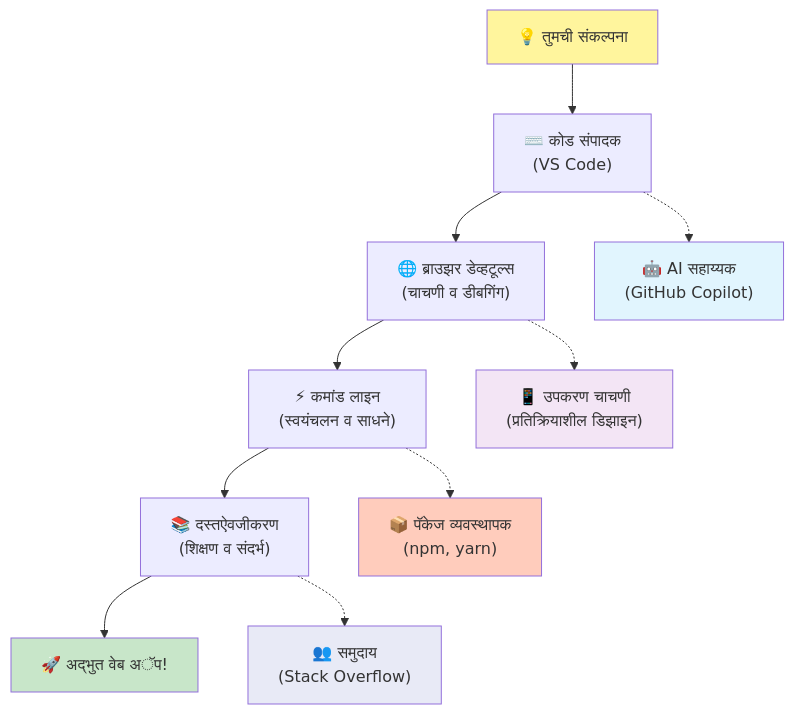
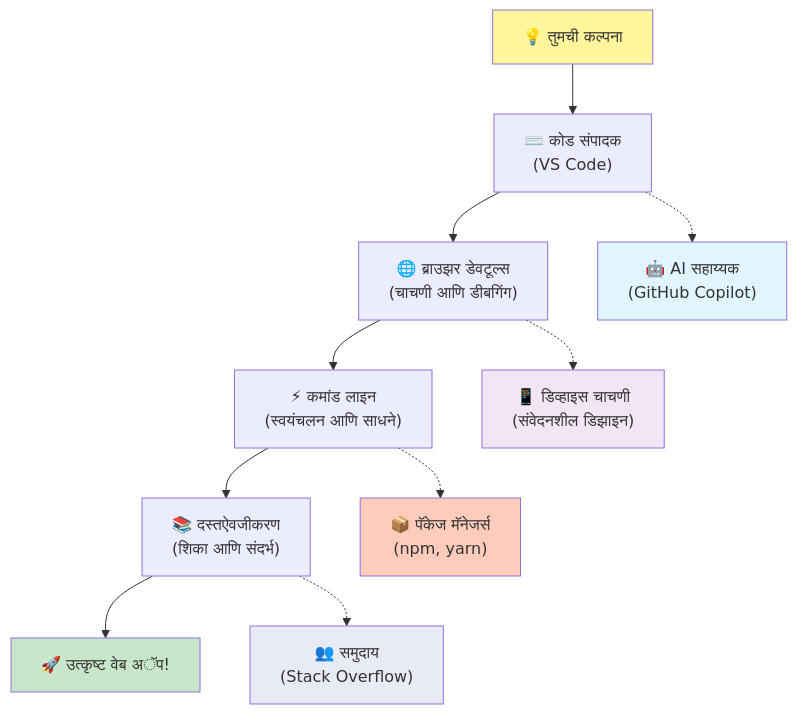
One commit to microsoft/Web-Dev-For-Beginners changed the fifth of 7 diagrams in translations/mr/1-getting-started-lessons/1-intro-to-programming-languages/README.md. Above: the diagram before and after it, drawn with Mermaid. The commit also changed other lines of this file and 11 other files, not shown here.

````diff
--- a/translations/mr/1-getting-started-lessons/1-intro-to-programming-languages/README.md
+++ b/translations/mr/1-getting-started-lessons/1-intro-to-programming-languages/README.md
@@ -486,20 +487,20 @@
 ```mermaid
 graph TD
-    A["💡 तुमची संकल्पना"] --> B["⌨️ कोड संपादक<br/>(VS Code)"] 
-    B --> C["🌐 ब्राउझर डेव्हटूल्स<br/>(चाचणी व डीबगिंग)"]
-    C --> D["⚡ कमांड लाइन<br/>(स्वयंचलन व साधने)"]
-    D --> E["📚 दस्तऐवजीकरण<br/>(शिक्षण व संदर्भ)"]
-    E --> F["🚀 अद्भुत वेब अॅप!"]
+    A["💡 तुमची कल्पना"] --> B["⌨️ कोड संपादक<br/>(VS Code)"] 
+    B --> C["🌐 ब्राउझर डेवटूल्स<br/>(चाचणी आणि डीबगिंग)"]
+    C --> D["⚡ कमांड लाइन<br/>(स्वयंचलन आणि साधने)"]
+    D --> E["📚 दस्तऐवजीकरण<br/>(शिका आणि संदर्भ)"]
+    E --> F["🚀 उत्कृष्ट वेब अॅप!"]
     
     B -.-> G["🤖 AI सहाय्यक<br/>(GitHub Copilot)"]
-    C -.-> H["📱 उपकरण चाचणी<br/>(प्रतिक्रियाशील डिझाइन)"]
-    D -.-> I["📦 पॅकेज व्यवस्थापक<br/>(npm, yarn)"]
+    C -.-> H["📱 डिव्हाइस चाचणी<br/>(संवेदनशील डिझाइन)"]
+    D -.-> I["📦 पॅकेज मॅनेजर्स<br/>(npm, yarn)"]
     E -.-> J["👥 समुदाय<br/>(Stack Overflow)"]
     
     style A fill:#fff59d
     style F fill:#c8e6c9
     style G fill:#e1f5fe
     style H fill:#f3e5f5
     style I fill:#ffccbc
     style J fill:#e8eaf6
-```  
+```
````
